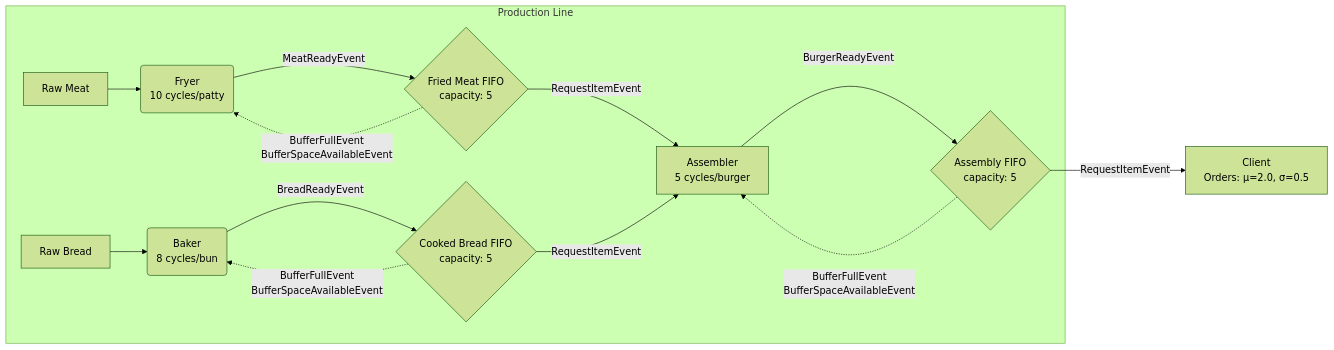
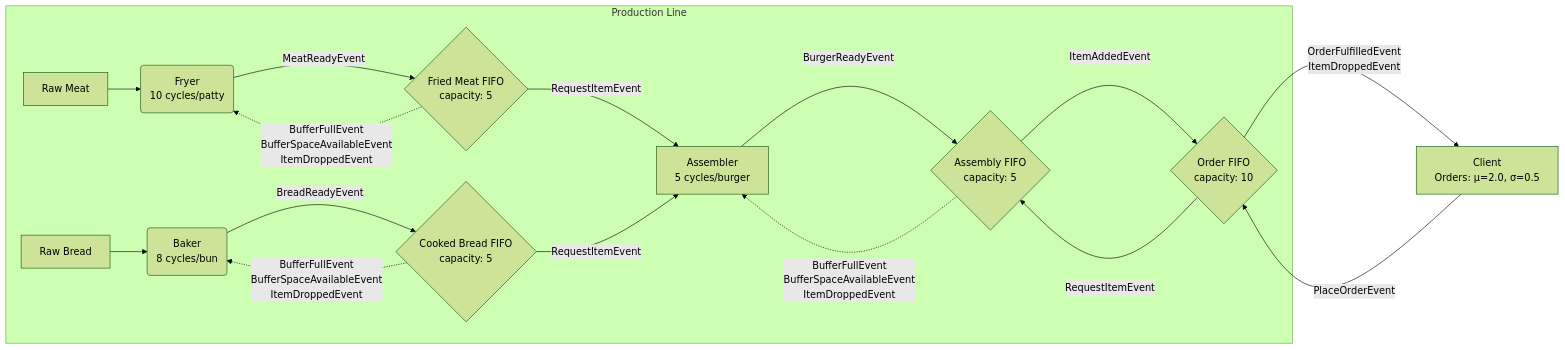
One commit to Windofbitter/rsim changed the diagram in burger_design.md. Above: the diagram before and after it, drawn with Mermaid (forest theme). The commit also changed other lines of this file, not shown here.

First line of the commit message:
Add OrderBuffer and drop mechanism to burger production design

````diff
--- a/burger_design.md
+++ b/burger_design.md
@@ -5,26 +5,30 @@
 ```mermaid
 graph LR
     A[Raw Meat] --> B(Fryer<br/>10 cycles/patty)
     B -->|MeatReadyEvent| C{Fried Meat FIFO<br/>capacity: 5}
     D[Raw Bread] --> E(Baker<br/>8 cycles/bun)
     E -->|BreadReadyEvent| F{Cooked Bread FIFO<br/>capacity: 5}
     C -->|RequestItemEvent| G[Assembler<br/>5 cycles/burger]
     F -->|RequestItemEvent| G
     G -->|BurgerReadyEvent| I{Assembly FIFO<br/>capacity: 5}
-    I -->|RequestItemEvent| H[Client<br/>Orders: μ=2.0, σ=0.5]
+    H[Client<br/>Orders: μ=2.0, σ=0.5] -->|PlaceOrderEvent| J{Order FIFO<br/>capacity: 10}
+    J -->|RequestItemEvent| I
+    J -->|OrderFulfilledEvent<br/>ItemDroppedEvent| H
 
     subgraph "Production Line"
         A
         B
         C
         D
         E
         F
         G
         I
+        J
     end
 
-    C -.->|BufferFullEvent<br/>BufferSpaceAvailableEvent| B
-    F -.->|BufferFullEvent<br/>BufferSpaceAvailableEvent| E
-    I -.->|BufferFullEvent<br/>BufferSpaceAvailableEvent| G
+    C -.->|BufferFullEvent<br/>BufferSpaceAvailableEvent<br/>ItemDroppedEvent| B
+    F -.->|BufferFullEvent<br/>BufferSpaceAvailableEvent<br/>ItemDroppedEvent| E
+    I -.->|BufferFullEvent<br/>BufferSpaceAvailableEvent<br/>ItemDroppedEvent| G
+    I -->|ItemAddedEvent| J
 ```
````
